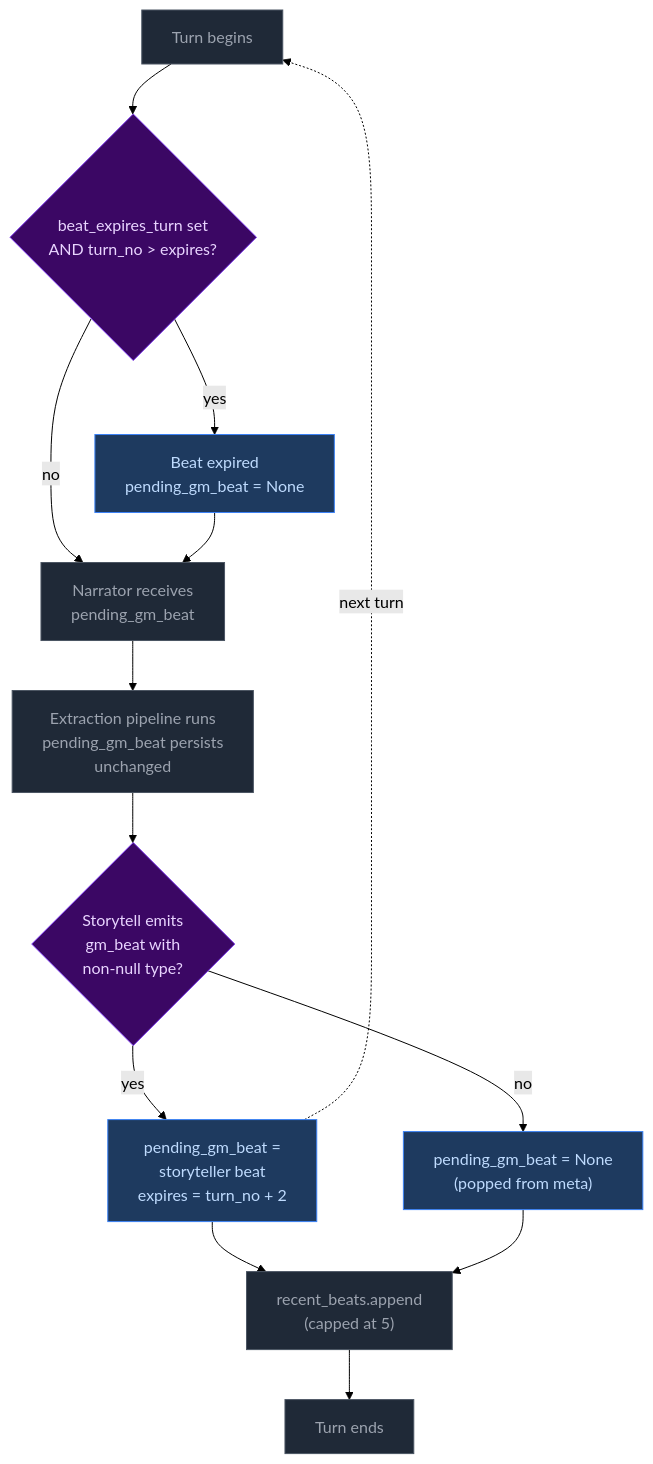
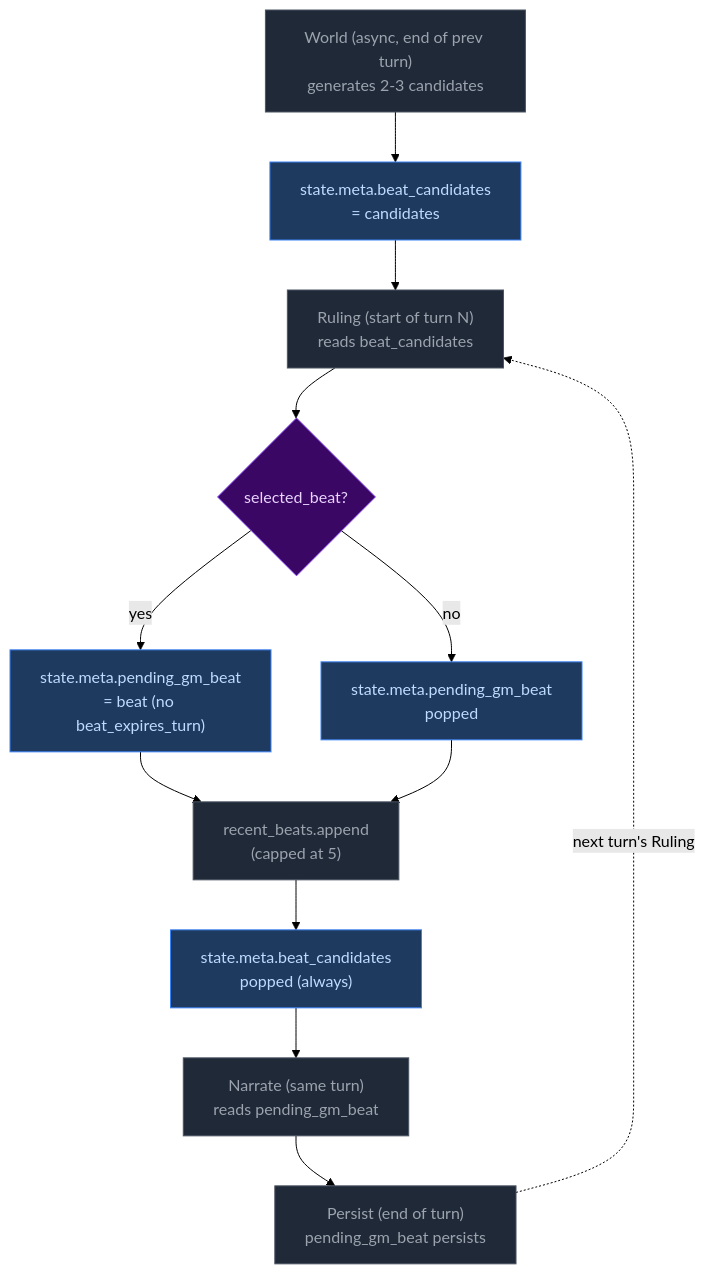
Before and after one commit to pww217/fablethread: the second of 7 diagrams in docs/architecture/pacing-systems.md, drawn with Mermaid (forest theme). The commit also changed other lines of this file and 19 other files, not shown here.

````diff
--- a/docs/architecture/pacing-systems.md
+++ b/docs/architecture/pacing-systems.md
@@ -83,26 +85,28 @@
 ```mermaid
 flowchart TD
     classDef pyNode fill:#1f2937,color:#9ca3af,stroke:#4b5563
     classDef decision fill:#3b0764,color:#e9d5ff,stroke:#7c3aed
     classDef output fill:#1e3a5f,color:#bfdbfe,stroke:#3b82f6
     classDef system fill:#3b0764,color:#e9d5ff,stroke:#7c3aed,strokeWidth:2px
 
-    START["Turn begins"]:::pyNode --> EXPIRY{"beat_expires_turn set<br>AND turn_no > expires?"}:::decision
-    EXPIRY -- yes --> NULL["Beat expired<br>pending_gm_beat = None"]:::output
-    EXPIRY -- no --> NARRATE["Narrator receives<br>pending_gm_beat"]:::pyNode
-    NULL --> NARRATE
+    WORLD_ASYNC["World (async, end of prev turn)<br>generates 2-3 candidates"]:::pyNode
+    WRITE_CANDS["state.meta.beat_candidates<br>= candidates"]:::output
 
-    NARRATE --> EXTRACTION["Extraction pipeline runs<br>pending_gm_beat persists<br>unchanged"]:::pyNode
-    EXTRACTION --> STORYLLM{"Storytell emits<br>gm_beat with<br>non-null type?"}:::decision
-    STORYLLM -- yes --> STORED["pending_gm_beat =<br>storyteller beat<br>expires = turn_no + 2"]:::output
-    STORYLLM -- no --> POPPED["pending_gm_beat = None<br>(popped from meta)"]:::output
+    RULING["Ruling (start of turn N)<br>reads beat_candidates"]:::pyNode
+    RULING_DECIDE{"selected_beat?"}:::decision
+    SET_BEAT["state.meta.pending_gm_beat<br>= beat (no beat_expires_turn)"]:::output
+    POP_BEAT["state.meta.pending_gm_beat<br>popped"]:::output
+    APPEND_HIST["recent_beats.append<br>(capped at 5)"]:::pyNode
+    CLEAN_CANDS["state.meta.beat_candidates<br>popped (always)"]:::output
 
-    STORED --> HISTORY["recent_beats.append<br>(capped at 5)"]:::pyNode
-    POPPED --> HISTORY
+    NARRATE["Narrate (same turn)<br>reads pending_gm_beat"]:::pyNode
+    PERSIST["Persist (end of turn)<br>pending_gm_beat persists"]:::pyNode
 
-    HISTORY --> END["Turn ends"]:::pyNode
-    STORED -. "next turn" .-> START
+    WORLD_ASYNC --> WRITE_CANDS --> RULING --> RULING_DECIDE
+    RULING_DECIDE -- yes --> SET_BEAT --> APPEND_HIST
+    RULING_DECIDE -- no --> POP_BEAT --> APPEND_HIST
+    APPEND_HIST --> CLEAN_CANDS --> NARRATE --> PERSIST
+    PERSIST -. "next turn's Ruling" .-> RULING
 
-    style STORYLLM fill:#3b0764,color:#e9d5ff,stroke:#7c3aed
-    style EXPIRY fill:#3b0764,color:#e9d5ff,stroke:#7c3aed
+    style RULING_DECIDE fill:#3b0764,color:#e9d5ff,stroke:#7c3aed
 ```
````
